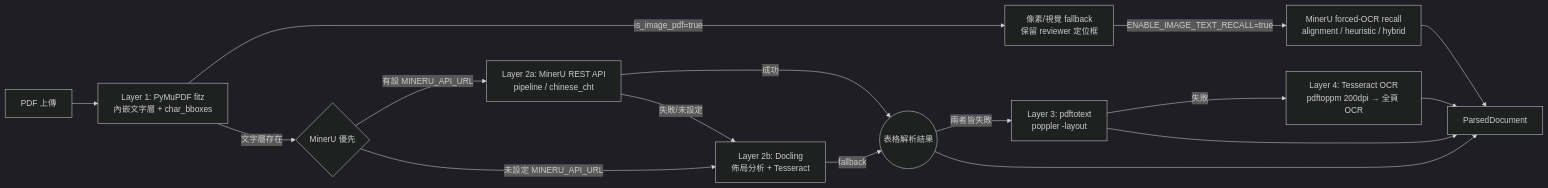
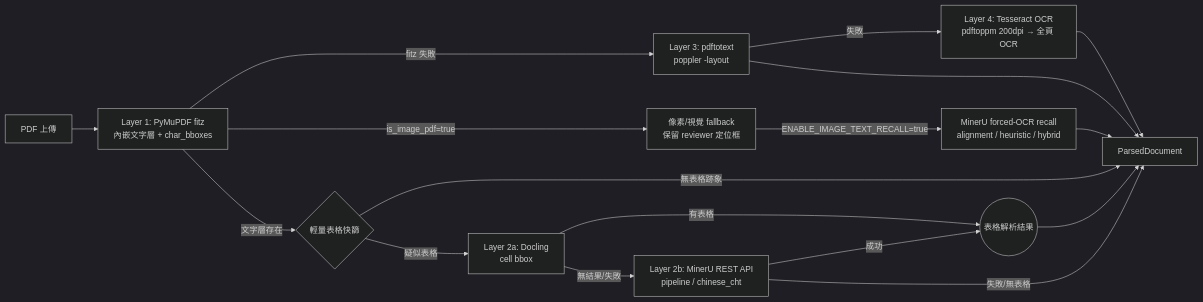
One commit to a9181873/PDF_check_minerU changed the second of 4 diagrams in docs/technical-architecture.md. Above: the diagram before and after it, drawn with Mermaid (dark theme). The commit also changed other lines of this file and 38 other files, not shown here.

````diff
--- a/docs/technical-architecture.md
+++ b/docs/technical-architecture.md
@@ -104,18 +108,19 @@
 ```mermaid
 graph LR
     A[PDF 上傳] --> P[Layer 1: PyMuPDF fitz<br/>內嵌文字層 + char_bboxes]
+    P -->|fitz 失敗| F[Layer 3: pdftotext<br/>poppler -layout]
     P -->|is_image_pdf=true| PIX[像素/視覺 fallback<br/>保留 reviewer 定位框]
     PIX -->|ENABLE_IMAGE_TEXT_RECALL=true| OCRR[MinerU forced-OCR recall<br/>alignment / heuristic / hybrid]
-    P -->|文字層存在| PAR{MinerU 優先}
-    PAR -->|有設 MINERU_API_URL| C[Layer 2a: MinerU REST API<br/>pipeline / chinese_cht]
-    PAR -->|未設定 MINERU_API_URL| E[Layer 2b: Docling<br/>佈局分析 + Tesseract]
-    C -->|成功| W((表格解析結果))
-    C -->|失敗/未設定| E[Layer 2b: Docling<br/>佈局分析 + Tesseract]
-    E -->|fallback| W
-    W -->|兩者皆失敗| F[Layer 3: pdftotext<br/>poppler -layout]
+    P -->|文字層存在| Q{輕量表格快篩}
+    Q -->|無表格跡象| H
+    Q -->|疑似表格| E[Layer 2a: Docling<br/>cell bbox]
+    E -->|有表格| W((表格解析結果))
+    E -->|無結果/失敗| C[Layer 2b: MinerU REST API<br/>pipeline / chinese_cht]
+    C -->|成功| W
+    C -->|失敗/無表格| H
     F -->|失敗| G[Layer 4: Tesseract OCR<br/>pdftoppm 200dpi → 全頁 OCR]
     OCRR --> H[ParsedDocument + recall candidates]
     W --> H[ParsedDocument]
     F --> H
     G --> H
 ```
````
